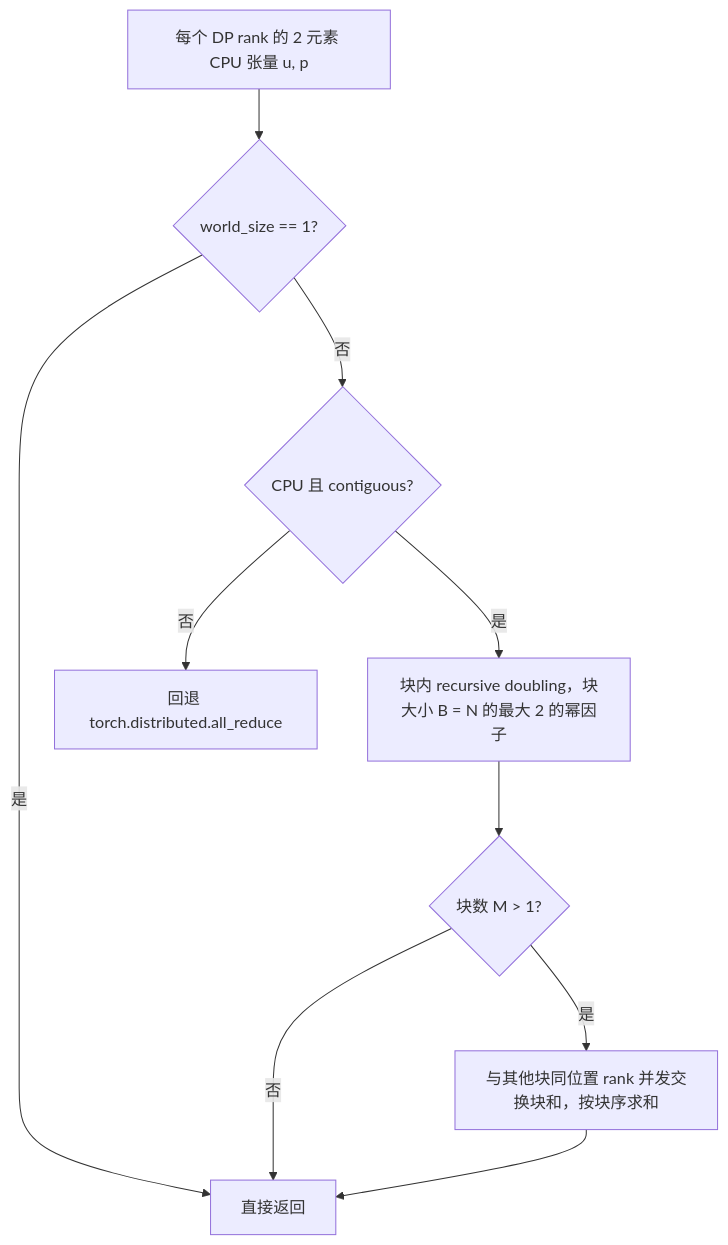
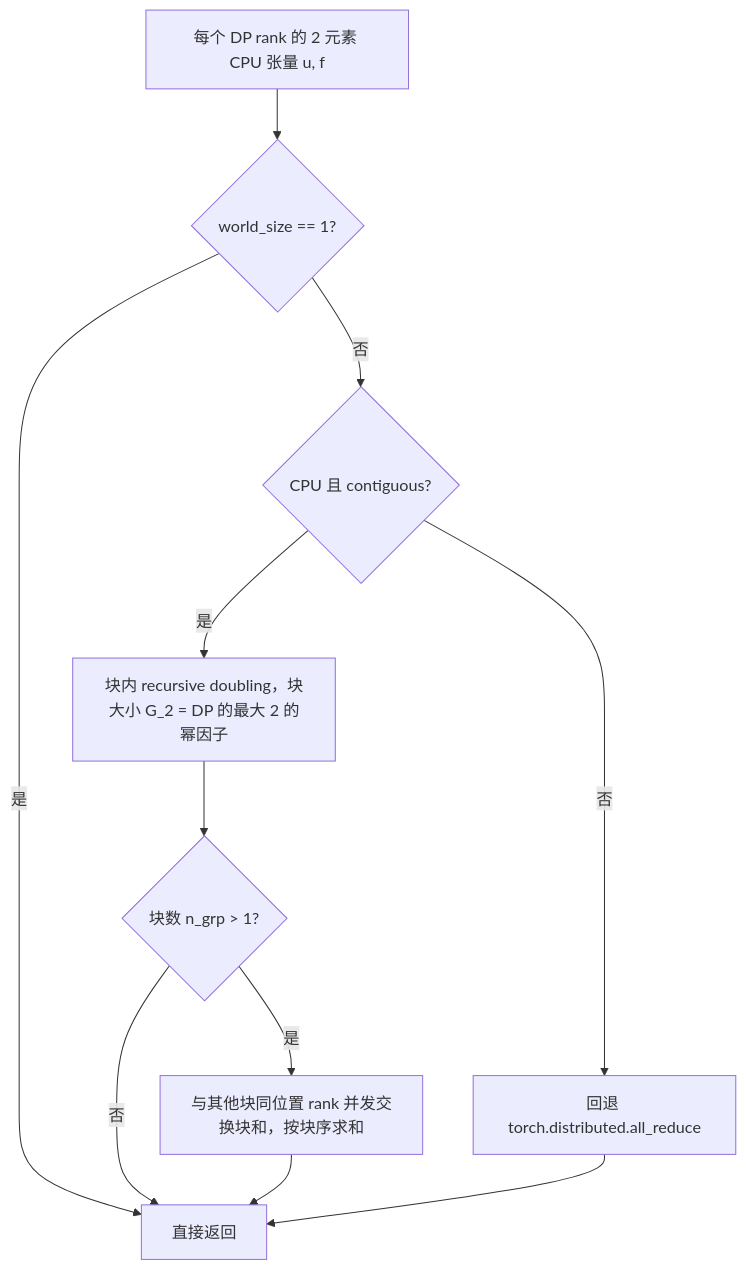
Diagram 20 of 37 in book/09-distributed/README.md (cluster1900/vllm_reader), drawn with Mermaid before and after one commit. The commit also changed other lines of this file, not shown here.

First line of the commit message:
docs(ch09): F/D 批次 B7a — §9.1–9.7 公式讲解模板、统一符号与三张图 (#27)

````diff
--- a/book/09-distributed/README.md
+++ b/book/09-distributed/README.md
@@ -959,12 +1421,13 @@
 ```mermaid
 flowchart TD
-    A[每个 DP rank 的 2 元素 CPU 张量 u, p] --> B{world_size == 1?}
+    A[每个 DP rank 的 2 元素 CPU 张量 u, f] --> B{world_size == 1?}
     B -->|是| Z[直接返回]
     B -->|否| C{CPU 且 contiguous?}
     C -->|否| F[回退 torch.distributed.all_reduce]
-    C -->|是| D[块内 recursive doubling，块大小 B = N 的最大 2 的幂因子]
-    D --> E{块数 M > 1?}
+    C -->|是| D[块内 recursive doubling，块大小 G_2 = DP 的最大 2 的幂因子]
+    D --> E{块数 n_grp > 1?}
     E -->|否| Z
     E -->|是| G[与其他块同位置 rank 并发交换块和，按块序求和]
     G --> Z
+    F --> Z
 ```
````
